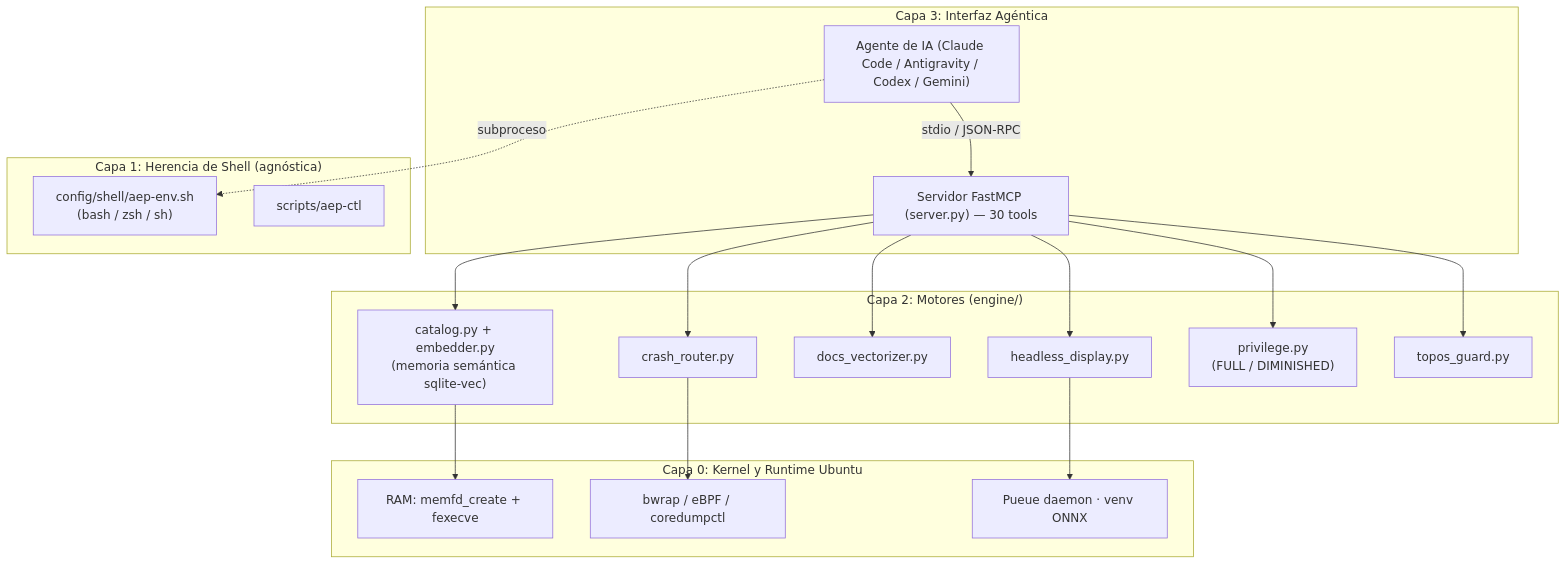
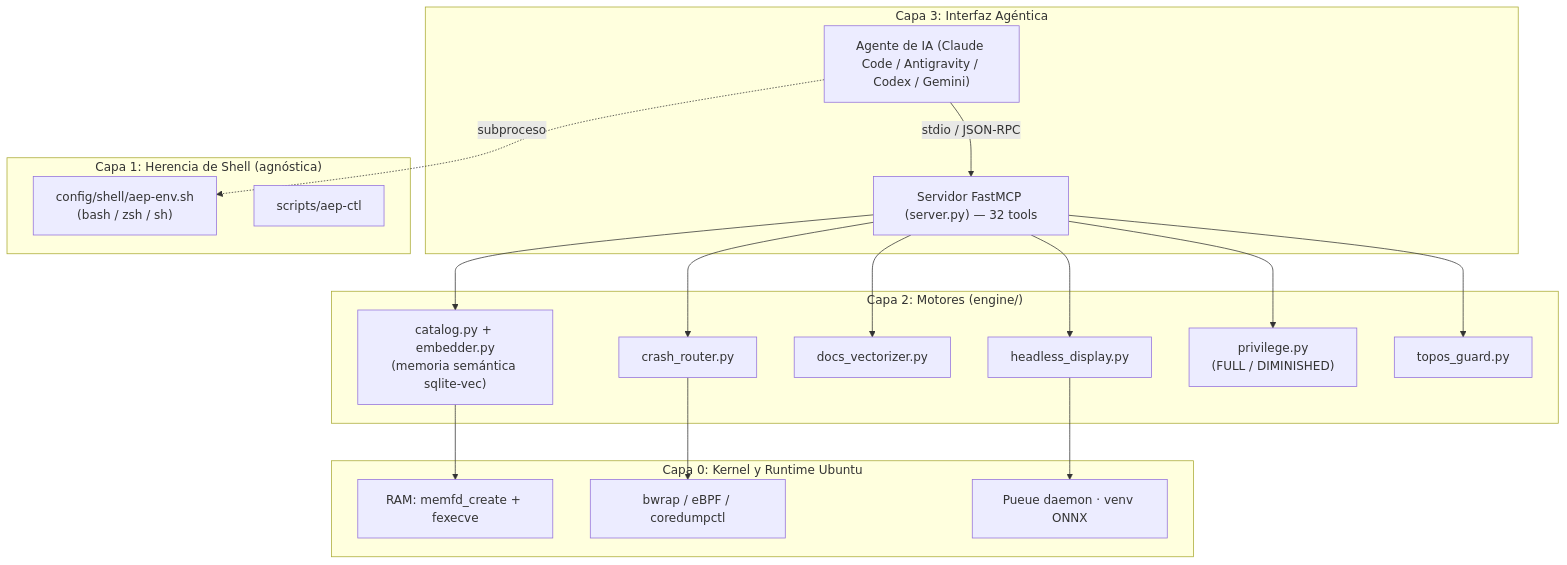
One commit to ancrz/agent-execution-plane changed the second of 14 diagrams in README.md. Above: the diagram before and after it, drawn with Mermaid. The commit also changed other lines of this file and 2 other files, not shown here.

First line of the commit message:
docs: update STATE.md, COMPACT.md, and README.md to 32 MCP tools

````diff
--- a/README.md
+++ b/README.md
@@ -96,30 +96,30 @@
 ```mermaid
 flowchart TD
     subgraph L3["Capa 3: Interfaz Agéntica"]
         Agent["Agente de IA (Claude Code / Antigravity / Codex / Gemini)"]
-        MCP["Servidor FastMCP (server.py) — 30 tools"]
+        MCP["Servidor FastMCP (server.py) — 32 tools"]
         Agent -->|stdio / JSON-RPC| MCP
     end
     subgraph L2["Capa 2: Motores (engine/)"]
         Catalog["catalog.py + embedder.py<br/>(memoria semántica sqlite-vec)"]
         Crash["crash_router.py"]
         Docs["docs_vectorizer.py"]
         Headless["headless_display.py"]
         Priv["privilege.py<br/>(FULL / DIMINISHED)"]
         Topos["topos_guard.py"]
         MCP --> Catalog & Crash & Docs & Headless & Priv & Topos
     end
     subgraph L1["Capa 1: Herencia de Shell (agnóstica)"]
         Env["config/shell/aep-env.sh<br/>(bash / zsh / sh)"]
         Ctl["scripts/aep-ctl"]
         Agent -.->|subproceso| Env
     end
     subgraph L0["Capa 0: Kernel y Runtime Ubuntu"]
         K1["RAM: memfd_create + fexecve"]
         K2["bwrap / eBPF / coredumpctl"]
         K3["Pueue daemon · venv ONNX"]
         Catalog --> K1
         Crash --> K2
         Headless --> K3
     end
 ```
````
